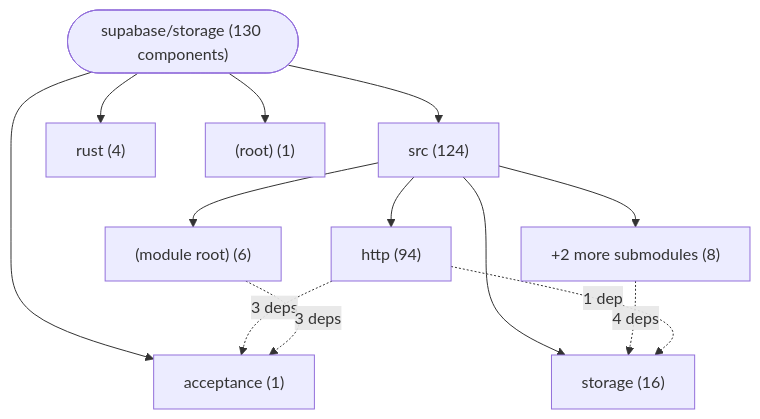
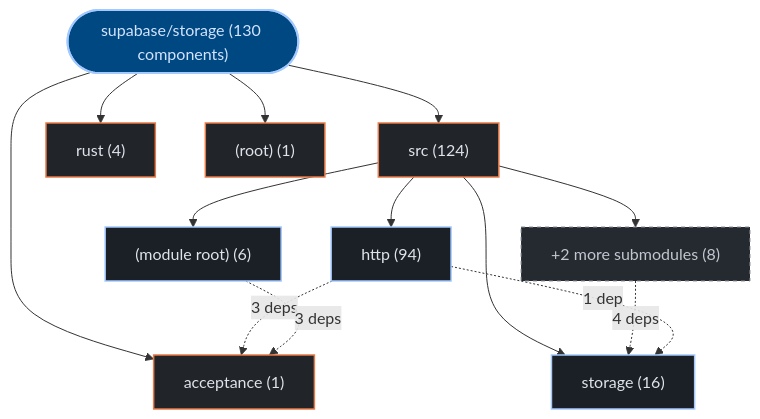
The first of 3 diagrams in exports/latest/reports/supabase-storage-report.md (kumarshaz/atruss-code-atlas), drawn with Mermaid before and after one commit. The commit also changed other lines of this file and 331 other files, not shown here.

Commit message:
docs,ui,fix: update SDLC docs, reorder CI/CD DAG first, stylize Mermaid, and fix Arc42 pipeline topology

````diff
--- a/exports/latest/reports/supabase-storage-report.md
+++ b/exports/latest/reports/supabase-storage-report.md
@@ -42,24 +42,31 @@
 ```mermaid
 graph TD;
-    repo_root(["supabase/storage (130 components)"])
-    dir_0_src["src (124)"]
+  classDef atlasRoot fill:#004882,stroke:#a3c9ff,stroke-width:2px,color:#d3e4ff
+  classDef atlasCategory fill:#212428,stroke:#E87A48,stroke-width:1.5px,color:#dfe3eb
+  classDef atlasWorkflow fill:#1b2026,stroke:#a3c9ff,stroke-width:1.5px,color:#dfe3eb
+  classDef atlasJob fill:#171c22,stroke:#8d9199,stroke-width:1px,color:#dfe3eb
+  classDef atlasTarget fill:#005227,stroke:#8bd99b,stroke-width:1.5px,color:#a7f6b6
+  classDef atlasAlert fill:#93000a,stroke:#ffb4ab,stroke-width:1.5px,color:#ffdad6
+  classDef atlasMore fill:#252a31,stroke:#8d9199,stroke-dasharray:4 4,color:#c3c6cf
+    repo_root(["supabase/storage (130 components)"]):::atlasRoot
+    dir_0_src["src (124)"]:::atlasCategory
     repo_root --> dir_0_src
-    sub_0_0_http["http (94)"]
+    sub_0_0_http["http (94)"]:::atlasWorkflow
     dir_0_src --> sub_0_0_http
-    sub_0_1_storage["storage (16)"]
+    sub_0_1_storage["storage (16)"]:::atlasWorkflow
     dir_0_src --> sub_0_1_storage
-    sub_0_2__module_root_["(module root) (6)"]
+    sub_0_2__module_root_["(module root) (6)"]:::atlasWorkflow
     dir_0_src --> sub_0_2__module_root_
-    sub_0_more["+2 more submodules (8)"]
+    sub_0_more["+2 more submodules (8)"]:::atlasMore
     dir_0_src --> sub_0_more
-    dir_1_rust["rust (4)"]
+    dir_1_rust["rust (4)"]:::atlasCategory
     repo_root --> dir_1_rust
-    dir_2__root_["(root) (1)"]
+    dir_2__root_["(root) (1)"]:::atlasCategory
     repo_root --> dir_2__root_
-    dir_3_acceptance["acceptance (1)"]
+    dir_3_acceptance["acceptance (1)"]:::atlasCategory
     repo_root --> dir_3_acceptance
     sub_0_more -.->|"4 deps"| sub_0_1_storage
     sub_0_0_http -.->|"3 deps"| dir_3_acceptance
     sub_0_2__module_root_ -.->|"3 deps"| dir_3_acceptance
     sub_0_0_http -.->|"1 dep"| sub_0_1_storage
 ```
````
